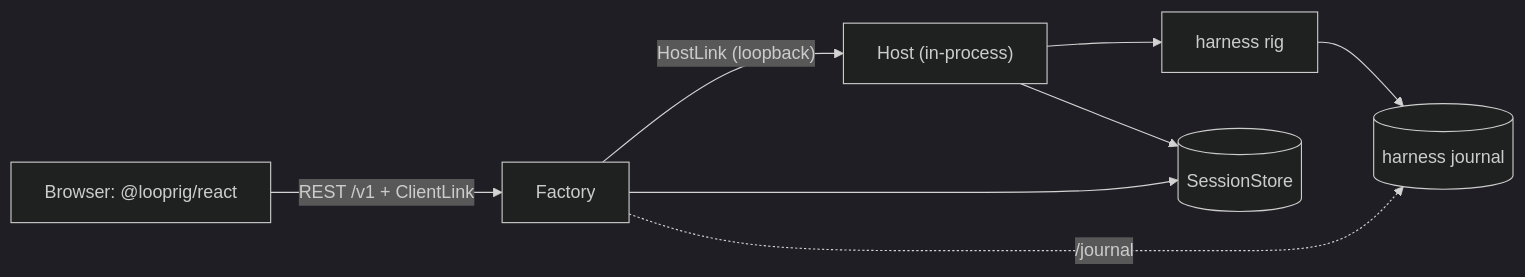
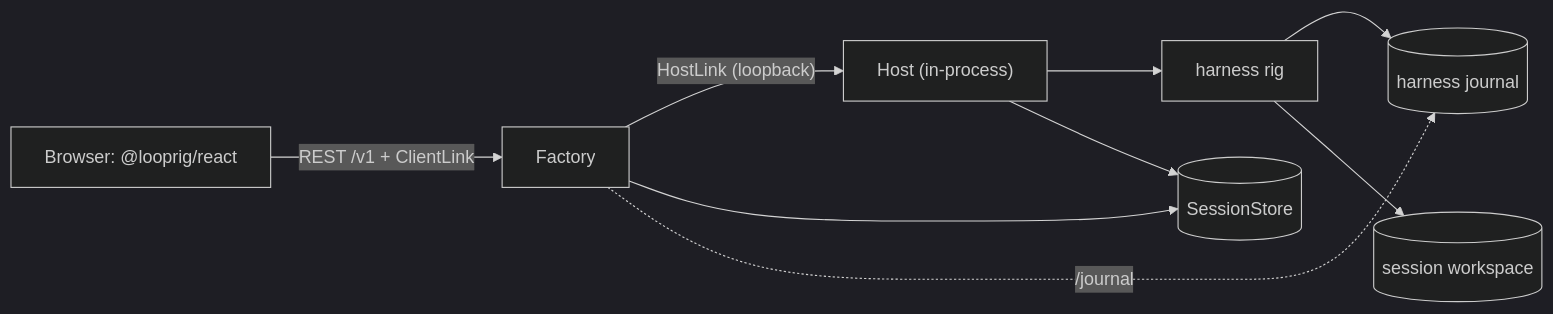
Before and after one commit to looprig/.github: the diagram in docs/start/starters.md, drawn with Mermaid. The commit also changed other lines of this file and 34 other files, not shown here.

````diff
--- a/docs/start/starters.md
+++ b/docs/start/starters.md
@@ -106,11 +114,12 @@
 ```mermaid
 %%{init: {"theme": "dark"}}%%
 flowchart LR
   B["Browser: @looprig/react"] -- "REST /v1 + ClientLink" --> F[Factory]
   F -- "HostLink (loopback)" --> H["Host (in-process)"]
   H --> R["harness rig"]
   F --> C[("SessionStore")]
   H --> C
   R --> J[("harness journal")]
+  R --> W[("session workspace")]
   F -. "/journal" .-> J
 ```
````
